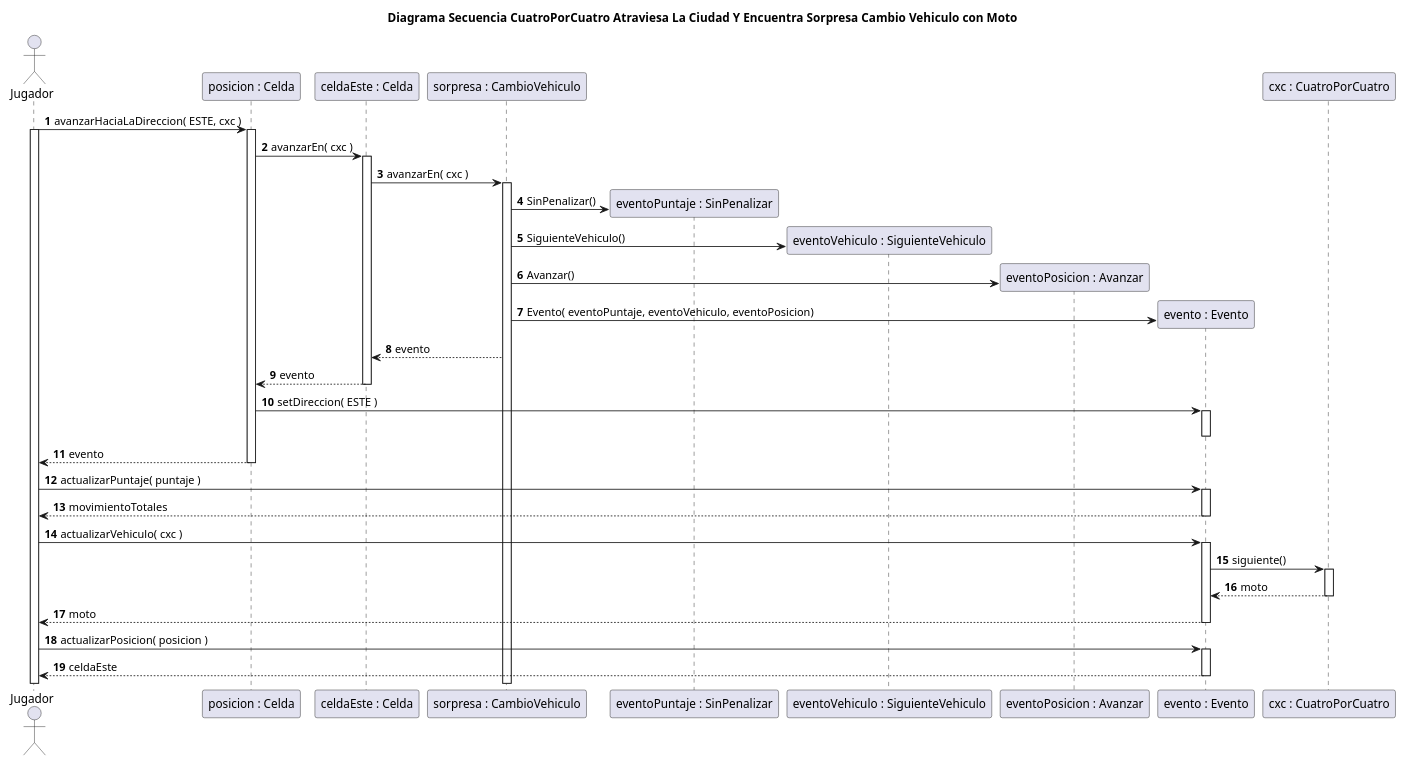
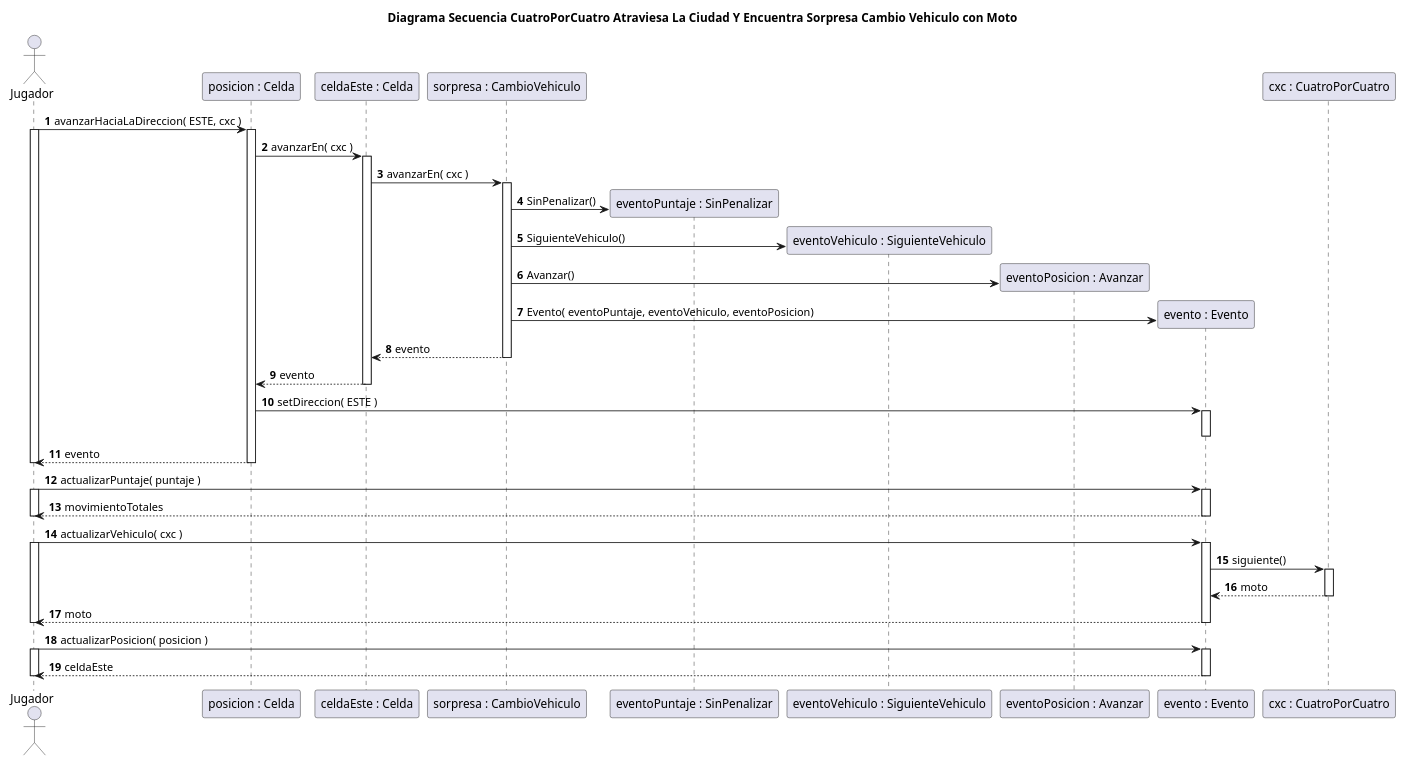
One commit to rodrigovzq/algo3_tp2 changed the diagram in diagrams/sequences/entrega2/Caso4x4AtraviesaLaCiudadYEncuentraSorpresaCambioVehiculoConMoto.puml. Above: the diagram before and after it, drawn with PlantUML. The commit also changed 3 other files, not shown here.

Commit message:
Actualizacion diagramas de Secuencia

```diff
--- a/diagrams/sequences/entrega2/Caso4x4AtraviesaLaCiudadYEncuentraSorpresaCambioVehiculoConMoto.puml
+++ b/diagrams/sequences/entrega2/Caso4x4AtraviesaLaCiudadYEncuentraSorpresaCambioVehiculoConMoto.puml
@@ -1,50 +1,57 @@
 @startuml
 title Diagrama Secuencia CuatroPorCuatro Atraviesa La Ciudad Y Encuentra Sorpresa Cambio Vehiculo con Moto
 
 autonumber
 
 actor Jugador
 
 Jugador -> "posicion : Celda"++: avanzarHaciaLaDireccion( ESTE, cxc )
 
 activate Jugador
 "posicion : Celda" -> "celdaEste : Celda"++: avanzarEn( cxc )
 
 
 "celdaEste : Celda" -> "sorpresa : CambioVehiculo"++: avanzarEn( cxc )
 
 create "eventoPuntaje : SinPenalizar"
 "sorpresa : CambioVehiculo"-> "eventoPuntaje : SinPenalizar": SinPenalizar()
 
 create "eventoVehiculo : SiguienteVehiculo"
 "sorpresa : CambioVehiculo" -> "eventoVehiculo : SiguienteVehiculo": SiguienteVehiculo()
 
 create "eventoPosicion : Avanzar"
 "sorpresa : CambioVehiculo"  -> "eventoPosicion : Avanzar": Avanzar()
 
 create "evento : Evento"
 "sorpresa : CambioVehiculo"  -> "evento : Evento": Evento( eventoPuntaje, eventoVehiculo, eventoPosicion)
 
 "sorpresa : CambioVehiculo" --> "celdaEste : Celda": evento
-
+deactivate "sorpresa : CambioVehiculo"
 "celdaEste : Celda" --> "posicion : Celda": evento
 deactivate "celdaEste : Celda"
+
 
 "posicion : Celda" -> "evento : Evento"++: setDireccion( ESTE )
 deactivate "evento : Evento"
 "posicion : Celda" --> Jugador--: evento
-
+deactivate Jugador
 
 Jugador -> "evento : Evento"++: actualizarPuntaje( puntaje )
+activate Jugador
 Jugador <-- "evento : Evento"--: movimientoTotales
+deactivate Jugador
 
 Jugador -> "evento : Evento"++: actualizarVehiculo( cxc )
+activate Jugador
 "evento : Evento" -> "cxc : CuatroPorCuatro"++: siguiente()
  "cxc : CuatroPorCuatro" --> "evento : Evento"--: moto
 
 Jugador <-- "evento : Evento"--: moto
+deactivate Jugador
 
 Jugador -> "evento : Evento"++: actualizarPosicion( posicion )
+activate Jugador
 Jugador <-- "evento : Evento"--: celdaEste
+deactivate Jugador
 
 @enduml
```
